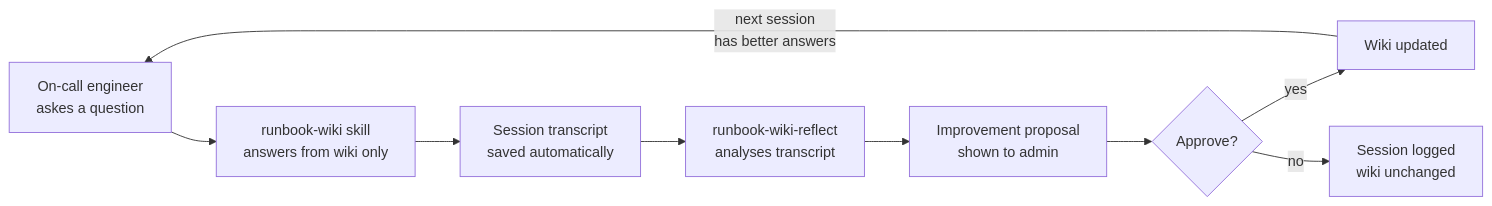
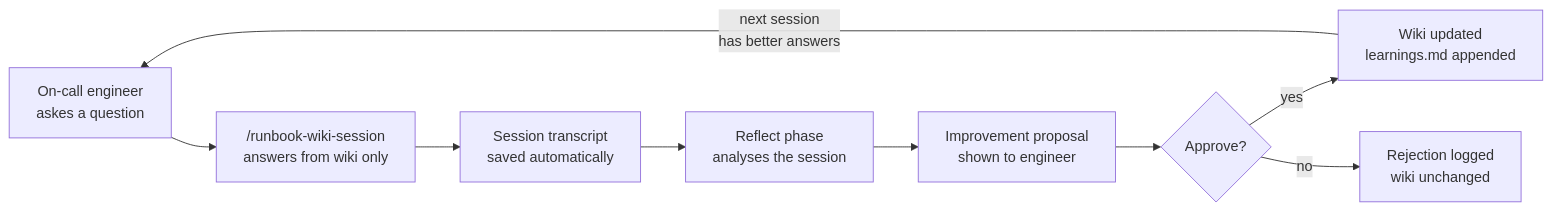
Before and after one commit to TanishkaMarrott/devops-runbook-wiki: the diagram in README.md, drawn with Mermaid. The commit also changed other lines of this file and 9 other files, not shown here.

````diff
--- a/README.md
+++ b/README.md
@@ -22,16 +23,16 @@
 ```mermaid
 flowchart LR
     Q["On-call engineer\naskes a question"]
-    W["runbook-wiki skill\nanswers from wiki only"]
+    W["/runbook-wiki-session\nanswers from wiki only"]
     T["Session transcript\nsaved automatically"]
-    R["runbook-wiki-reflect\nanalyses transcript"]
-    P["Improvement proposal\nshown to admin"]
+    R["Reflect phase\nanalyses the session"]
+    P["Improvement proposal\nshown to engineer"]
     A{"Approve?"}
-    UP["Wiki updated"]
-    LOG["Session logged\nwiki unchanged"]
+    UP["Wiki updated\nlearnings.md appended"]
+    LOG["Rejection logged\nwiki unchanged"]
 
     Q --> W --> T --> R --> P --> A
     A -->|yes| UP
     A -->|no| LOG
     UP -->|"next session\nhas better answers"| Q
 ```
````
